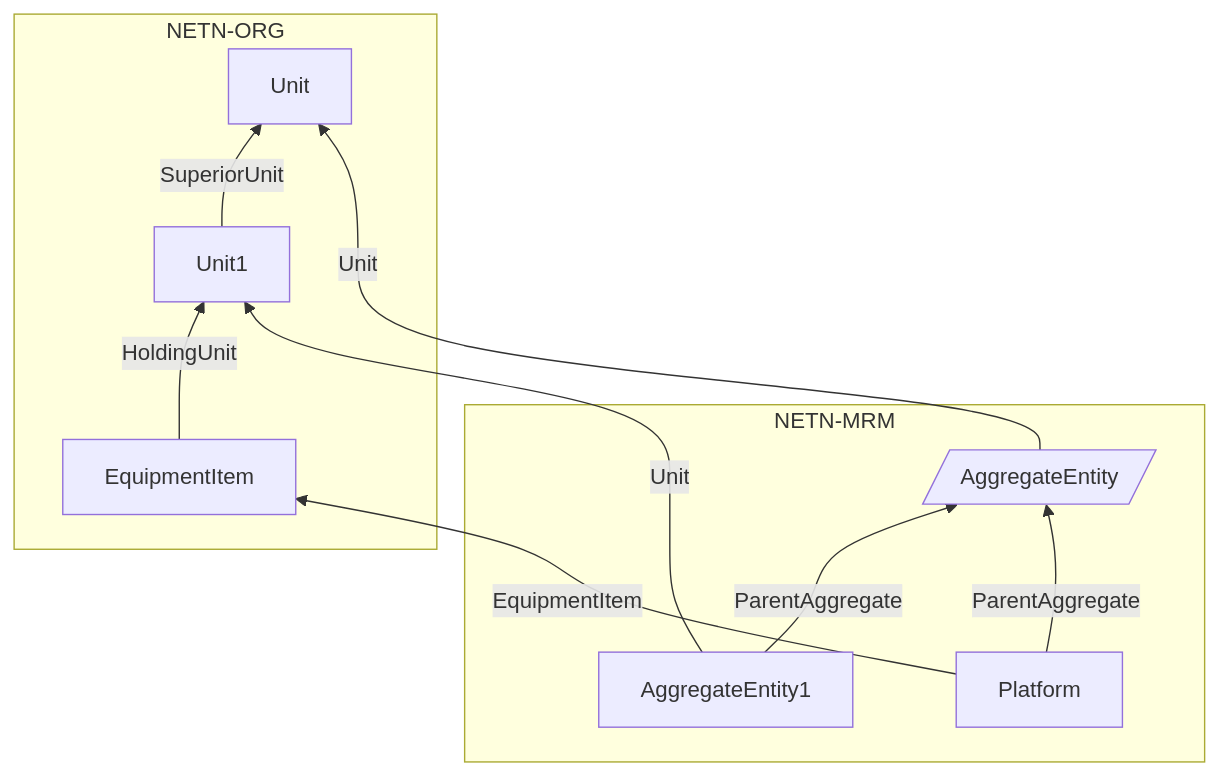
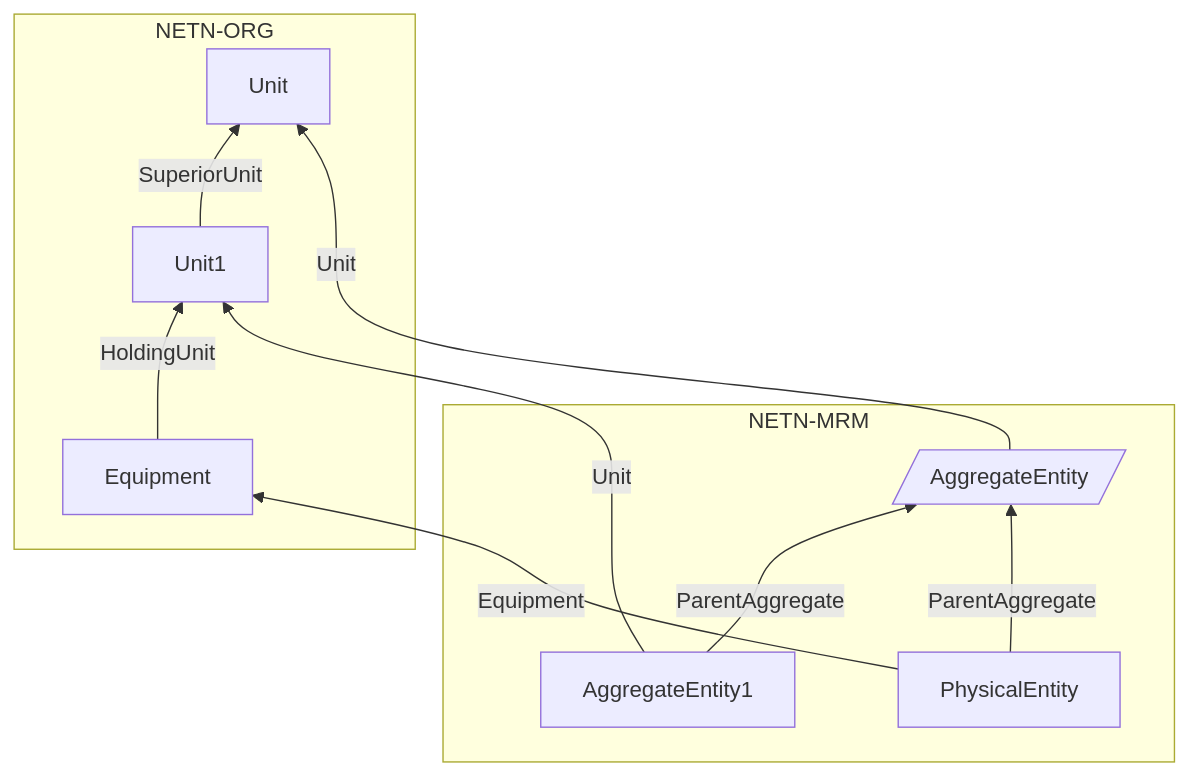
The fifth of 11 diagrams in NETN-MRM.md (AMSP-04/NETN-MRM), drawn with Mermaid before and after one commit. The commit also changed other lines of this file and 3 other files, not shown here.

````diff
--- a/NETN-MRM.md
+++ b/NETN-MRM.md
@@ -136,27 +141,27 @@
-```mermaid
-flowchart BT
-AggregateEntity[/AggregateEntity/]
-    Unit1 --SuperiorUnit--> Unit
-   EquipmentItem --HoldingUnit--> Unit1
-   AggregateEntity1 --Unit--> Unit1
-   AggregateEntity1 --ParentAggregate--> AggregateEntity
-  
-   AggregateEntity--Unit-->Unit
-   Platform --EquipmentItem-->EquipmentItem
-   Platform --ParentAggregate--> AggregateEntity
-
- subgraph NETN-MRM
-   AggregateEntity
-   AggregateEntity1
-
-   Platform
-   
-end
-
-subgraph NETN-ORG
-    Unit
-    Unit1
-    EquipmentItem
-end
-
-```
+```mermaid 
+flowchart BT 
+AggregateEntity[/AggregateEntity/] 
+Unit1 --SuperiorUnit--> Unit 
+Equipment --HoldingUnit--> Unit1 
+AggregateEntity1 --Unit--> Unit1 
+AggregateEntity1 --ParentAggregate--> AggregateEntity 
+ 
+AggregateEntity--Unit-->Unit 
+PhysicalEntity --Equipment-->Equipment 
+PhysicalEntity --ParentAggregate--> AggregateEntity 
+ 
+subgraph NETN-MRM 
+AggregateEntity 
+AggregateEntity1 
+ 
+PhysicalEntity 
+ 
+end 
+ 
+subgraph NETN-ORG 
+Unit 
+Unit1 
+Equipment 
+end 
+ 
+``` 
````
